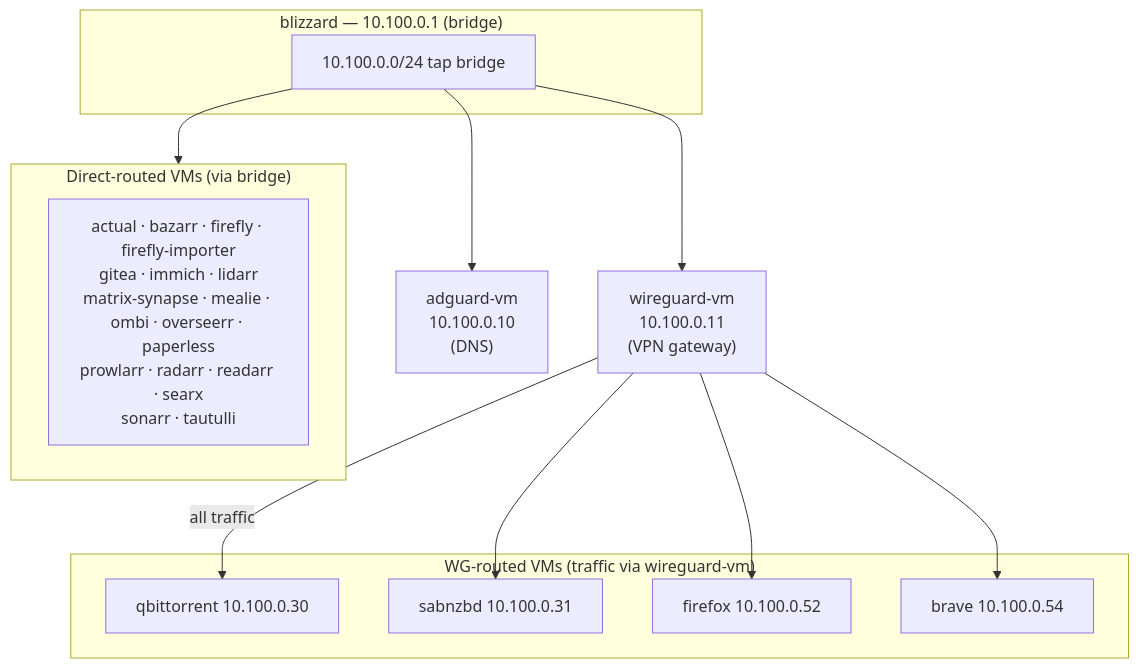
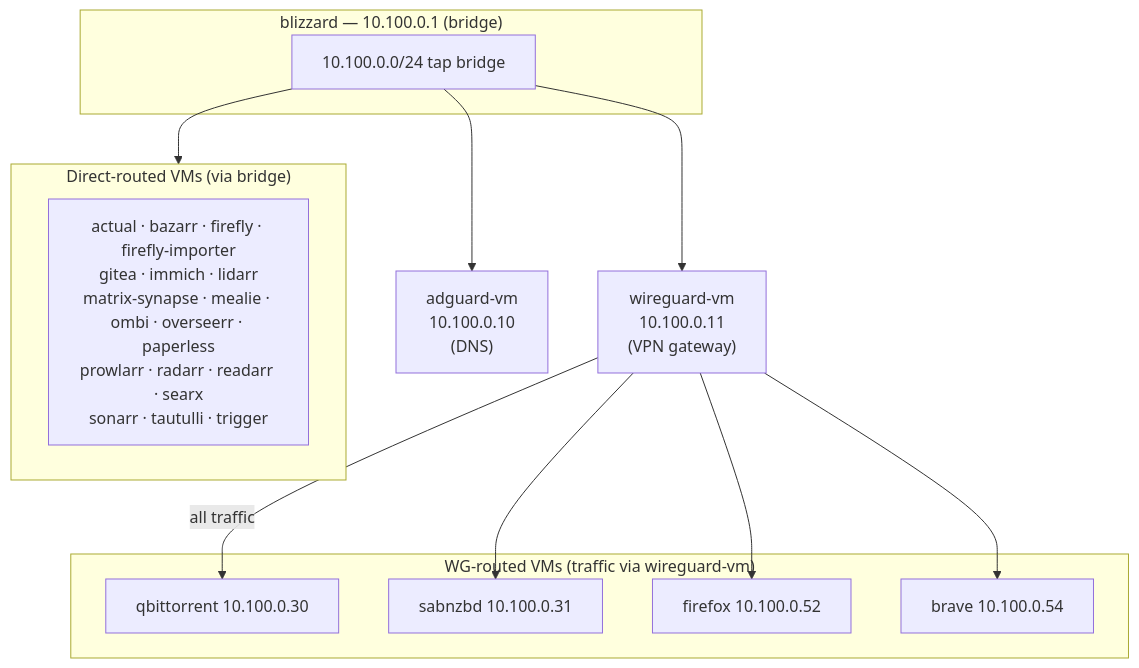
One commit to telometto/nix-config changed the second of 2 diagrams in vms/README.md. Above: the diagram before and after it, drawn with Mermaid. The commit also changed other lines of this file and 1 other file, not shown here.

First line of the commit message:
docs: add trigger VM to inventory and service catalog

````diff
--- a/vms/README.md
+++ b/vms/README.md
@@ -31,28 +31,28 @@
 ```mermaid
 flowchart TB
     subgraph host["blizzard — 10.100.0.1 (bridge)"]
         bridge["10.100.0.0/24 tap bridge"]
     end
 
     adguard["adguard-vm\n10.100.0.10\n(DNS)"]
     wg["wireguard-vm\n10.100.0.11\n(VPN gateway)"]
 
     subgraph direct["Direct-routed VMs (via bridge)"]
-        d1["actual · bazarr · firefly · firefly-importer\ngitea · immich · lidarr\nmatrix-synapse · mealie · ombi · overseerr · paperless\nprowlarr · radarr · readarr · searx\nsonarr · tautulli"]
+        d1["actual · bazarr · firefly · firefly-importer\ngitea · immich · lidarr\nmatrix-synapse · mealie · ombi · overseerr · paperless\nprowlarr · radarr · readarr · searx\nsonarr · tautulli · trigger"]
     end
 
     subgraph wgrouted["WG-routed VMs (traffic via wireguard-vm)"]
         w1["qbittorrent 10.100.0.30"]
         w2["sabnzbd 10.100.0.31"]
         w3["firefox 10.100.0.52"]
         w4["brave 10.100.0.54"]
     end
 
     bridge --> adguard
     bridge --> wg
     bridge --> direct
     wg -->|"all traffic"| w1
     wg --> w2
     wg --> w3
     wg --> w4
 ```
````
